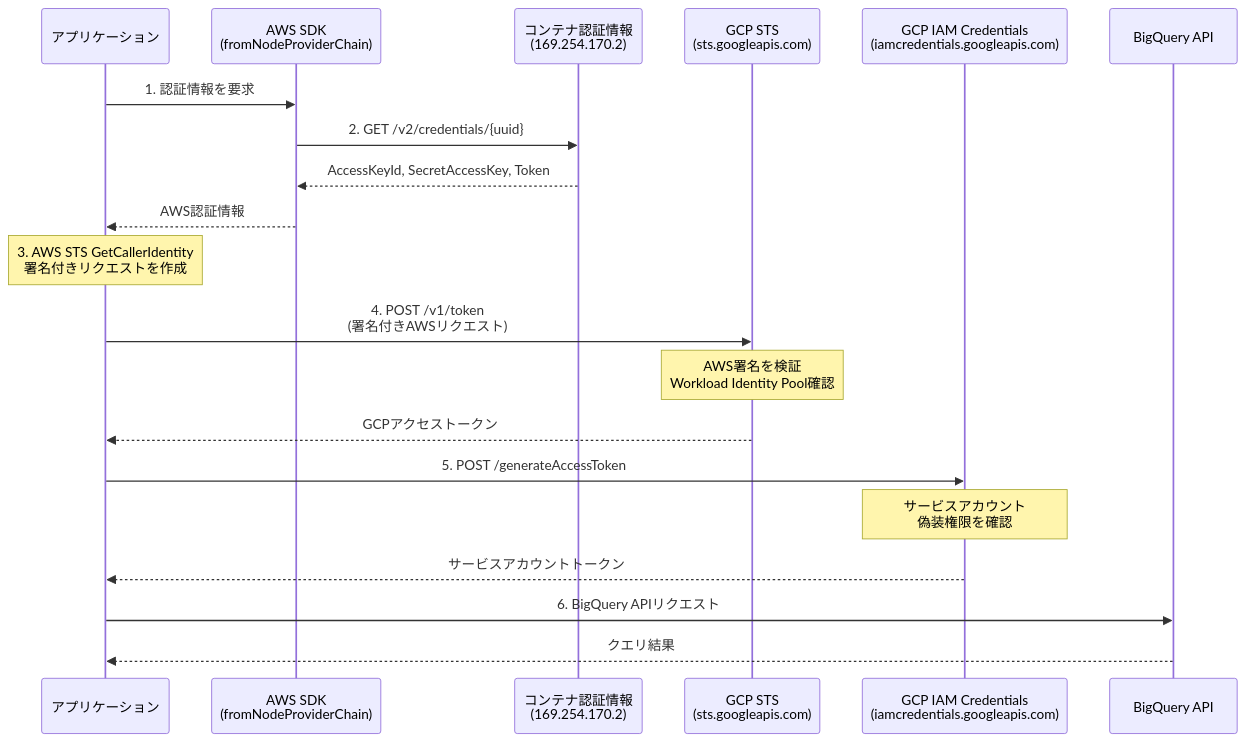
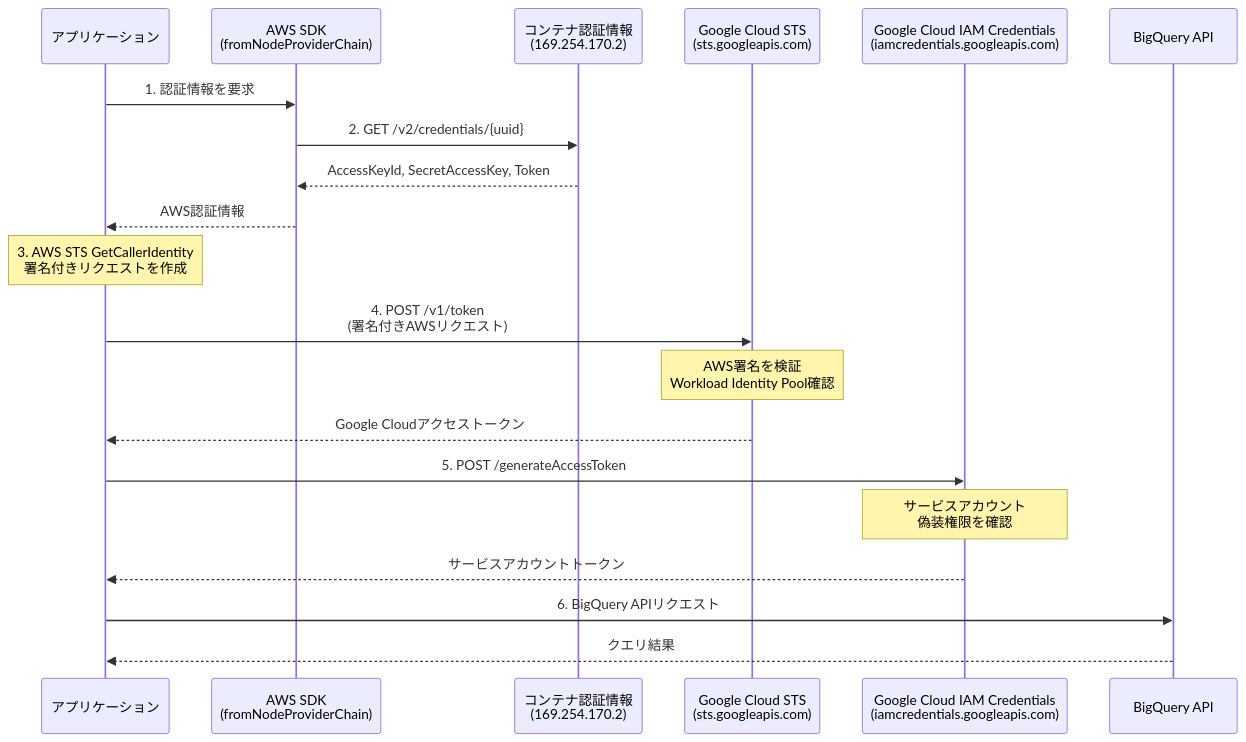
The diagram in articles/aws-container-workload-identity.md (taroshun32/zenn-contents), drawn with Mermaid before and after one commit. The commit also changed other lines of this file, not shown here.

````diff
--- a/articles/aws-container-workload-identity.md
+++ b/articles/aws-container-workload-identity.md
@@ -22,27 +22,27 @@
 ```mermaid
 sequenceDiagram
     participant App as アプリケーション
     participant SDK as AWS SDK<br/>(fromNodeProviderChain)
     participant Container as コンテナ認証情報<br/>(169.254.170.2)
-    participant STS as GCP STS<br/>(sts.googleapis.com)
-    participant IAM as GCP IAM Credentials<br/>(iamcredentials.googleapis.com)
+    participant STS as Google Cloud STS<br/>(sts.googleapis.com)
+    participant IAM as Google Cloud IAM Credentials<br/>(iamcredentials.googleapis.com)
     participant BQ as BigQuery API
 
     App->>SDK: 1. 認証情報を要求
     SDK->>Container: 2. GET /v2/credentials/{uuid}
     Container-->>SDK: AccessKeyId, SecretAccessKey, Token
     SDK-->>App: AWS認証情報
 
     Note over App: 3. AWS STS GetCallerIdentity<br/>署名付きリクエストを作成
 
     App->>STS: 4. POST /v1/token<br/>(署名付きAWSリクエスト)
     Note over STS: AWS署名を検証<br/>Workload Identity Pool確認
-    STS-->>App: GCPアクセストークン
+    STS-->>App: Google Cloudアクセストークン
 
     App->>IAM: 5. POST /generateAccessToken
     Note over IAM: サービスアカウント<br/>偽装権限を確認
     IAM-->>App: サービスアカウントトークン
 
     App->>BQ: 6. BigQuery APIリクエスト
     BQ-->>App: クエリ結果
 ```
````
